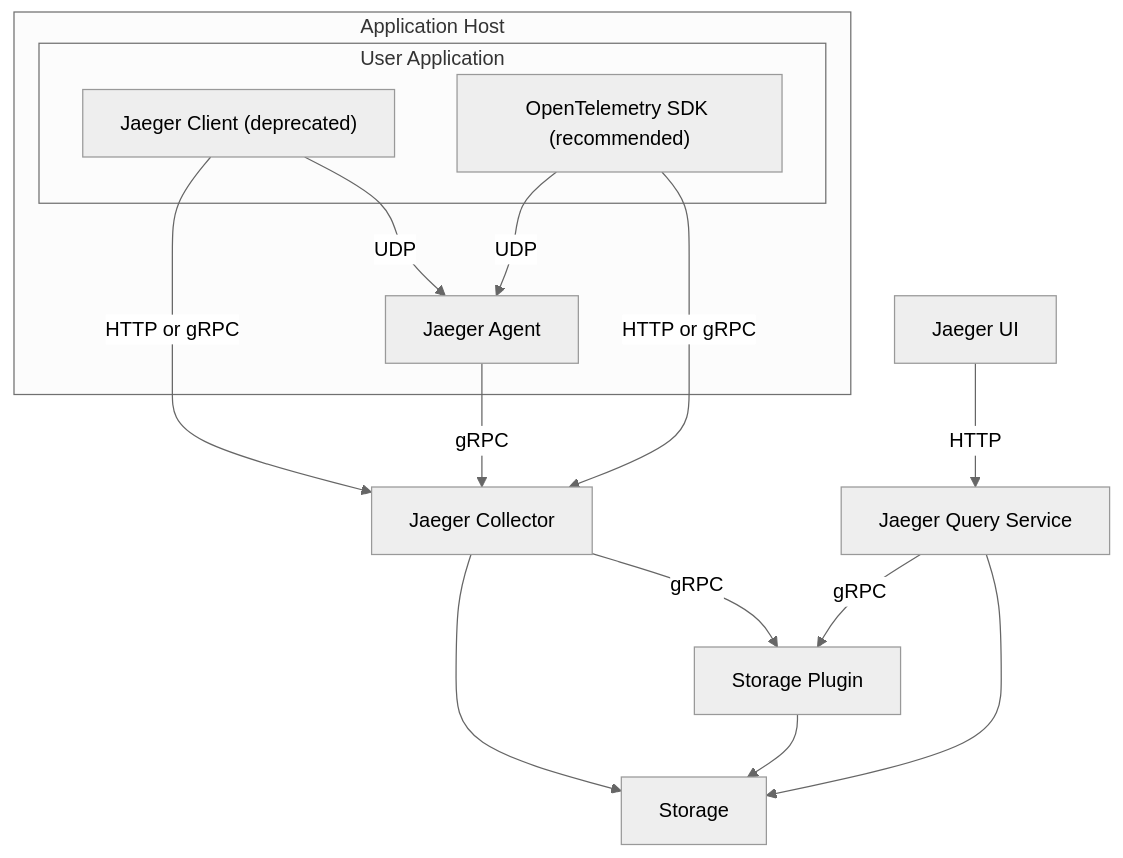
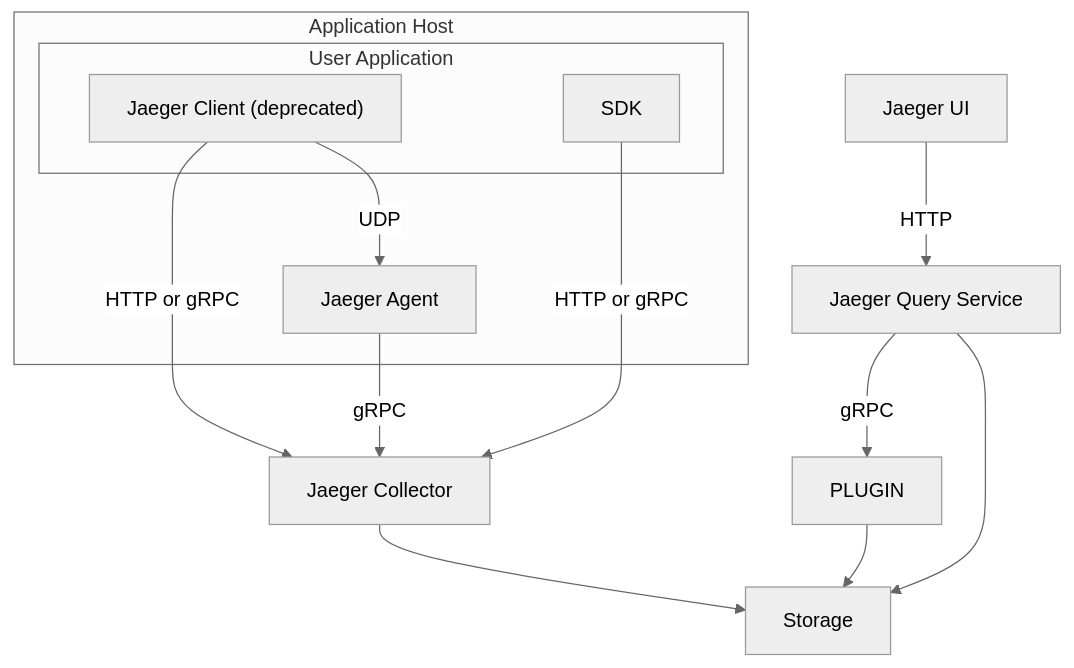
One commit to thienkb1123/docker-note changed the diagram in README.md. Above: the diagram before and after it, drawn with Mermaid (neutral theme).

````diff
--- a/README.md
+++ b/README.md
@@ -7,23 +7,21 @@
 ```mermaid
 graph TD
     LIB --> |HTTP or gRPC| COLLECTOR
     LIB["Jaeger Client (deprecated)"] --> |UDP| AGENT[Jaeger Agent]
     %% AGENT --> |HTTP/sampling| LIB
     AGENT --> |gRPC| COLLECTOR[Jaeger Collector]
     %% COLLECTOR --> |gRPC/sampling| AGENT
-    SDK["OpenTelemetry SDK (recommended)"] --> |UDP| AGENT
     SDK --> |HTTP or gRPC| COLLECTOR
     COLLECTOR --> STORE[Storage]
-    COLLECTOR --> |gRPC| PLUGIN[Storage Plugin]
     PLUGIN --> STORE
     QUERY[Jaeger Query Service] --> STORE
     QUERY --> |gRPC| PLUGIN
     UI[Jaeger UI] --> |HTTP| QUERY
     subgraph Application Host
         subgraph User Application
             LIB
             SDK
         end
         AGENT
     end
 ```
````
